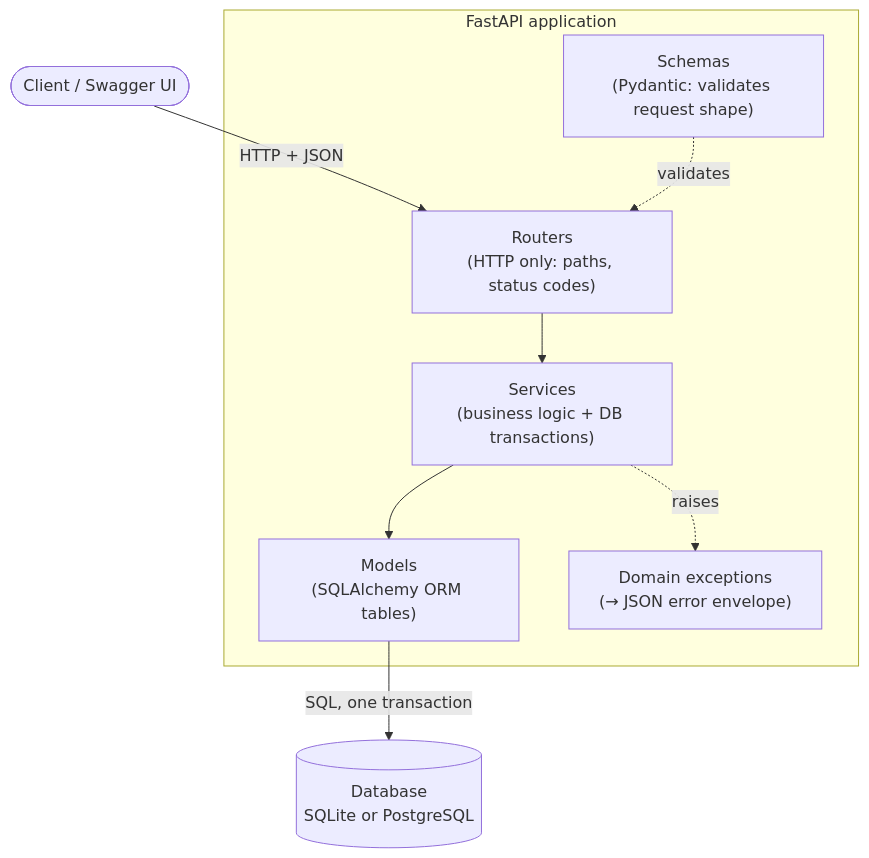
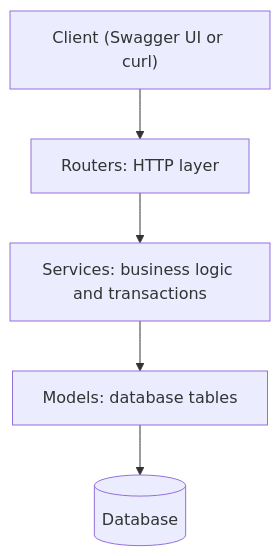
The first of 2 diagrams in README.md (Devblaze14/foxo), drawn with Mermaid before and after one commit. The commit also changed other lines of this file and 5 other files, not shown here.

````diff
--- a/README.md
+++ b/README.md
@@ -74,19 +51,7 @@
 ```mermaid
 flowchart TD
-    Client(["Client / Swagger UI"]) -->|HTTP + JSON| Routers
-
-    subgraph App[FastAPI application]
-        Routers["Routers<br/>(HTTP only: paths, status codes)"]
-        Schemas["Schemas<br/>(Pydantic: validates request shape)"]
-        Services["Services<br/>(business logic + DB transactions)"]
-        Models["Models<br/>(SQLAlchemy ORM tables)"]
-        Exceptions["Domain exceptions<br/>(→ JSON error envelope)"]
-
-        Schemas -. validates .-> Routers
-        Routers --> Services
-        Services --> Models
-        Services -. raises .-> Exceptions
-    end
-
-    Models -->|SQL, one transaction| DB[("Database<br/>SQLite or PostgreSQL")]
+    Client["Client (Swagger UI or curl)"] --> Routers["Routers: HTTP layer"]
+    Routers --> Services["Services: business logic and transactions"]
+    Services --> Models["Models: database tables"]
+    Models --> DB[("Database")]
 ```
````
